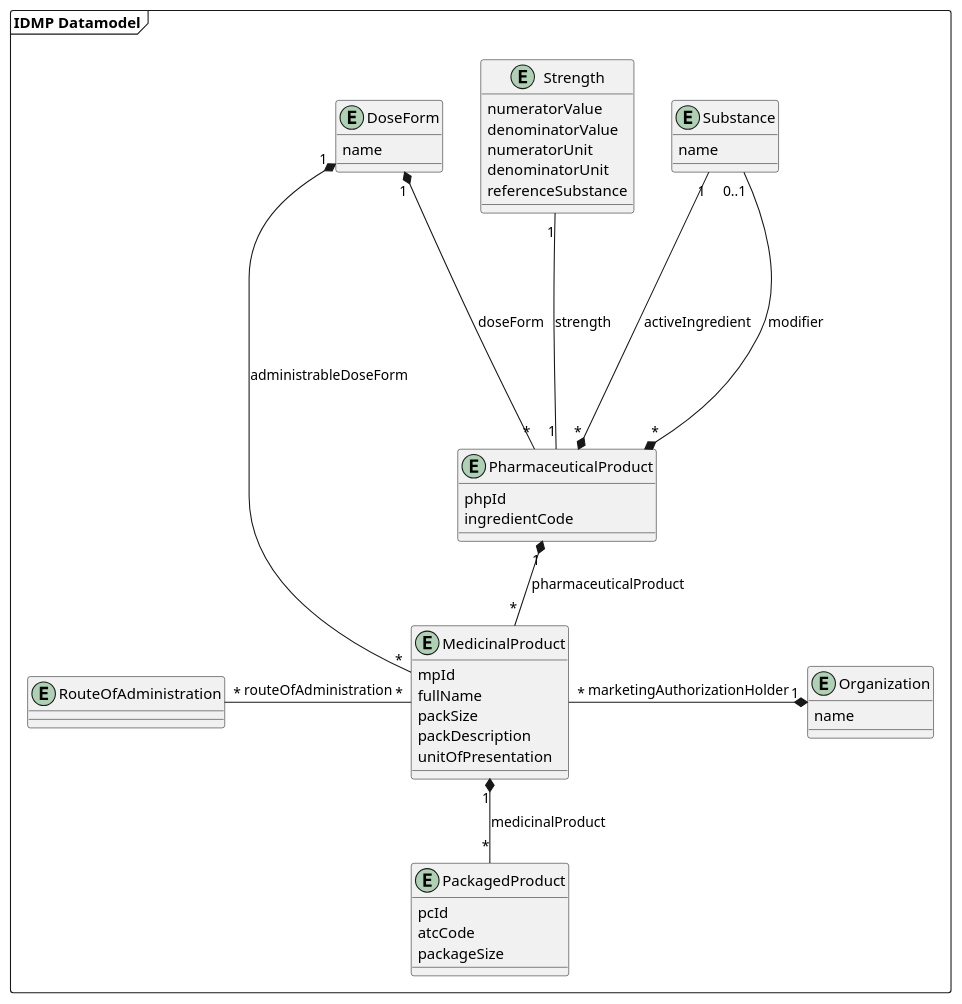
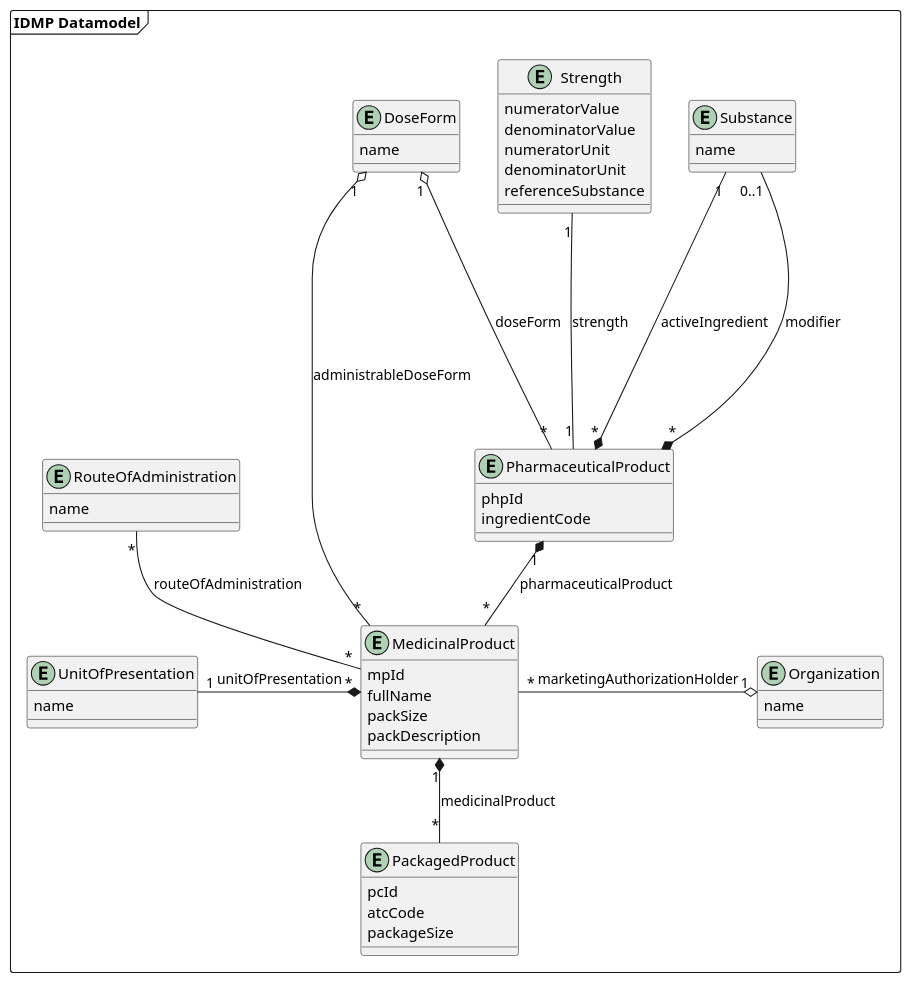
Before and after one commit to unicom-project-eu/wp6-db-api: the diagram in uml/class/datamodel.puml, drawn with PlantUML.

Commit message:
Turned some compositions into aggregations

```diff
--- a/uml/class/datamodel.puml
+++ b/uml/class/datamodel.puml
@@ -1,62 +1,69 @@
 @startuml
 'https://plantuml.com/class-diagram
 
 package "IDMP Datamodel" as idmpDatamodel <<frame>> {
     entity RouteOfAdministration {
+        name
+    }
+
+    entity UnitOfPresentation {
+        name
     }
 
     together {
         entity DoseForm {
             name
         }
 
         entity Strength {
             numeratorValue
             denominatorValue
             numeratorUnit
             denominatorUnit
             referenceSubstance
         }
 
         entity Substance {
             name
         }
     }
 
     entity PharmaceuticalProduct {
         phpId
         ingredientCode
     }
 
     entity MedicinalProduct {
         mpId
         fullName
         packSize
         packDescription
-        unitOfPresentation
     }
 
     entity PackagedProduct {
         pcId
         atcCode
         packageSize
     }
 
     entity Organization {
         name
     }
 
     Substance "1" ----* "*" PharmaceuticalProduct : activeIngredient
     Substance "0..1" ----* "*" PharmaceuticalProduct : modifier
-    DoseForm "1" *-- "*" PharmaceuticalProduct : doseForm
+    DoseForm "1" o-- "*" PharmaceuticalProduct : doseForm
     Strength "1" -- "1" PharmaceuticalProduct : strength
 
     PharmaceuticalProduct "1" *-- "*" MedicinalProduct : pharmaceuticalProduct
 
     MedicinalProduct "1" *-- "*" PackagedProduct : medicinalProduct
-    MedicinalProduct "*" --* "1" DoseForm : administrableDoseForm
+    MedicinalProduct "*" --o "1" DoseForm : administrableDoseForm
     RouteOfAdministration "*" - "*" MedicinalProduct : routeOfAdministration
+    UnitOfPresentation "1" -* "*" MedicinalProduct : unitOfPresentation
 
-    MedicinalProduct "*" -* "1" Organization : marketingAuthorizationHolder
+    MedicinalProduct "*" -o "1" Organization : marketingAuthorizationHolder
+
+    RouteOfAdministration -[hidden]-> UnitOfPresentation
 }
 @enduml
```
